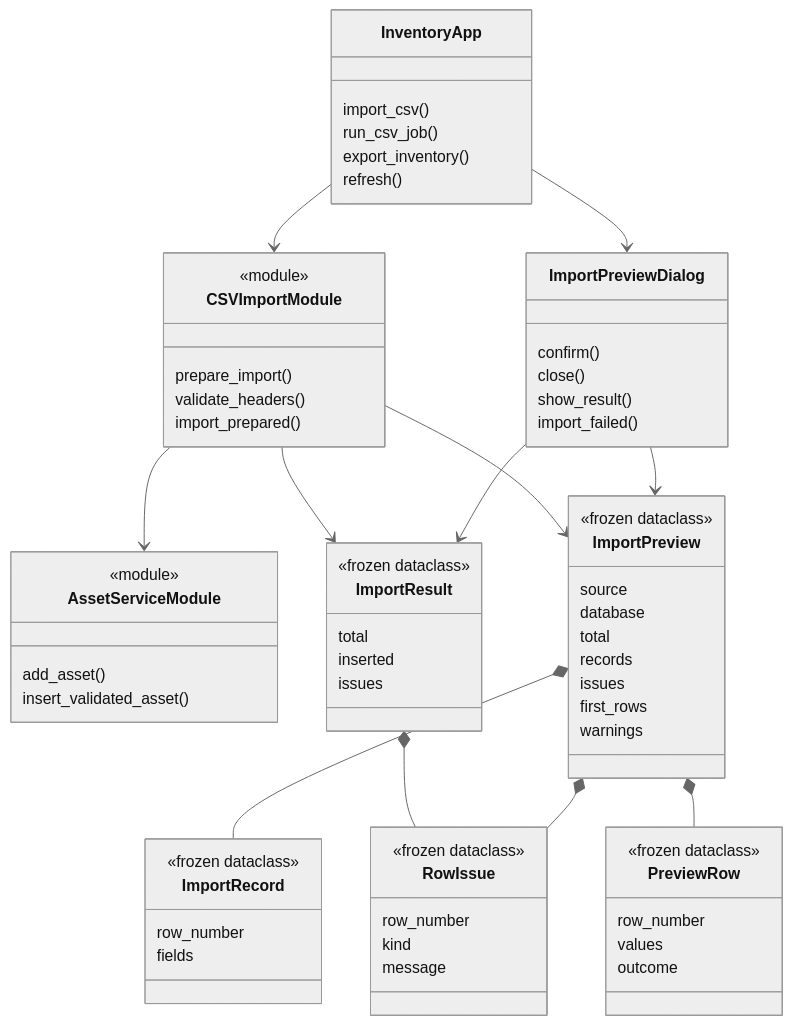
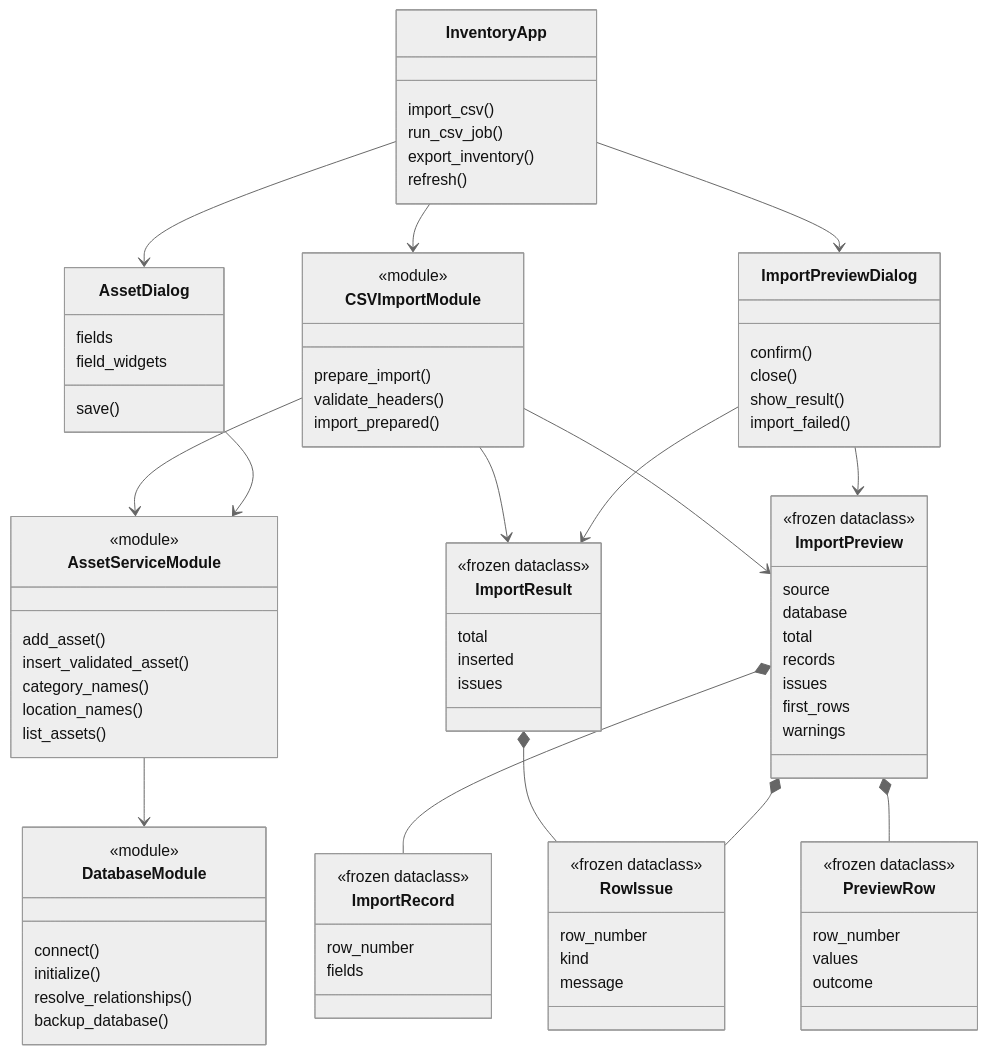
Before and after one commit to Hamed0055/CPIT251-Asset-Manager: the eighth of 9 diagrams in docs/ARCHITECTURE.md, drawn with Mermaid (neutral theme). The commit also changed other lines of this file and 29 other files, not shown here.

```diff
--- a/docs/ARCHITECTURE.md
+++ b/docs/ARCHITECTURE.md
@@ -179,6 +214,18 @@
         run_csv_job()
         export_inventory()
         refresh()
+    }
+    class AssetDialog {
+        fields
+        field_widgets
+        save()
+    }
+    class DatabaseModule {
+        <<module>>
+        connect()
+        initialize()
+        resolve_relationships()
+        backup_database()
     }
     class ImportPreviewDialog {
         confirm()
@@ -196,6 +243,9 @@
         <<module>>
         add_asset()
         insert_validated_asset()
+        category_names()
+        location_names()
+        list_assets()
     }
     class ImportPreview {
         <<frozen dataclass>>
@@ -230,6 +280,9 @@
         inserted
         issues
     }
+    InventoryApp --> AssetDialog
+    AssetDialog --> AssetServiceModule
+    AssetServiceModule --> DatabaseModule
     InventoryApp --> ImportPreviewDialog
     InventoryApp --> CSVImportModule
     ImportPreviewDialog --> ImportPreview
```
